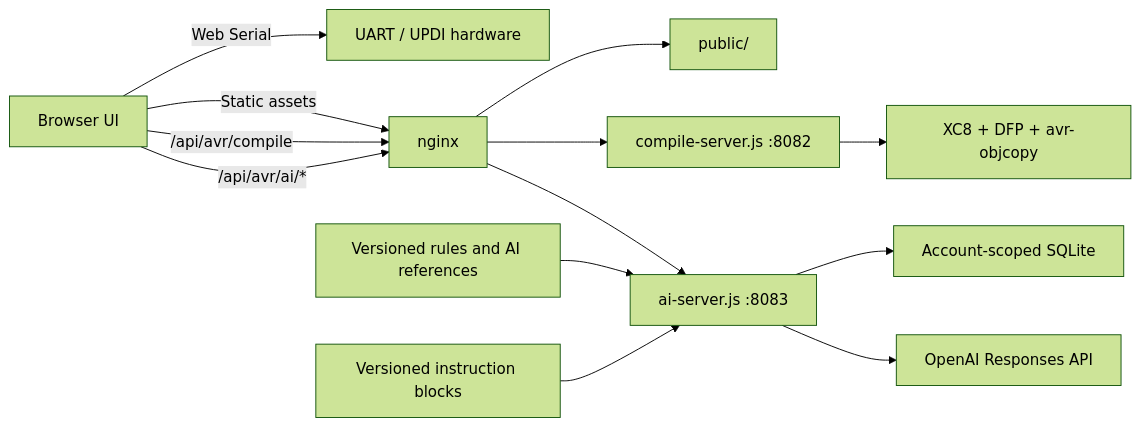
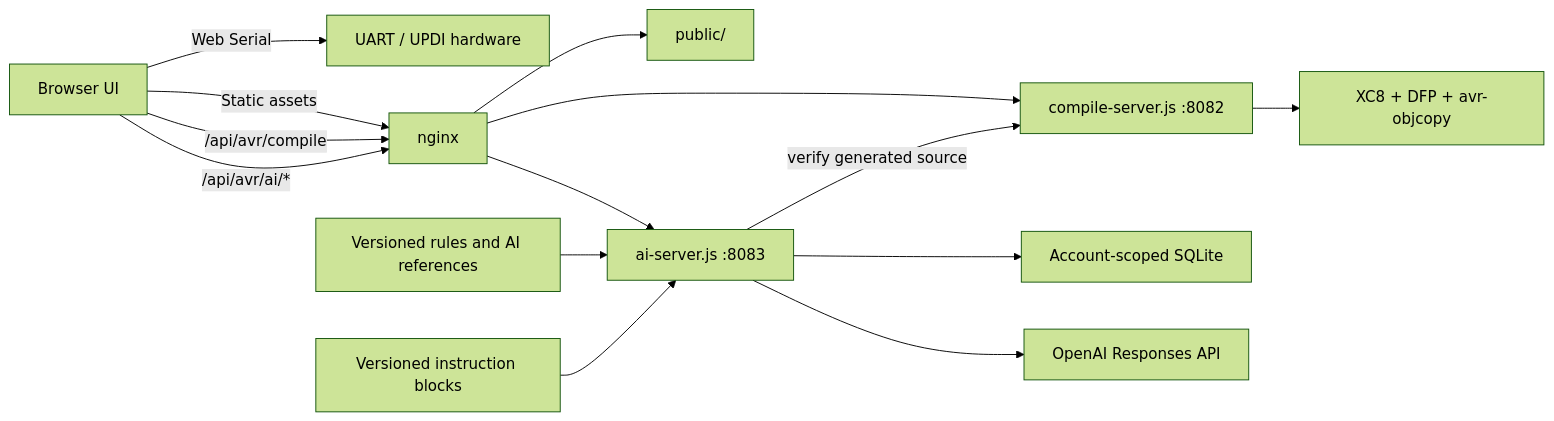
Before and after one commit to K1LLERV1PV2/uartdebug: the diagram in README.md, drawn with Mermaid (forest theme). The commit also changed other lines of this file and 34 other files, not shown here.

First line of the commit message:
Unify AVR Markdown and verify AI-generated projects (#17)

````diff
--- a/README.md
+++ b/README.md
@@ -84,15 +91,16 @@
 ```mermaid
 flowchart LR
   Browser[Browser UI] -->|Web Serial| Hardware[UART / UPDI hardware]
   Browser -->|Static assets| Nginx[nginx]
   Browser -->|/api/avr/compile| Nginx
   Browser -->|/api/avr/ai/*| Nginx
   Nginx --> Static[public/]
   Nginx --> Compiler[compile-server.js :8082]
   Compiler --> Toolchain[XC8 + DFP + avr-objcopy]
   Nginx --> AI[ai-server.js :8083]
   Rules[Versioned rules and AI references] --> AI
   Skills[Versioned instruction blocks] --> AI
   AI --> AccessDB[Account-scoped SQLite]
   AI --> OpenAI[OpenAI Responses API]
+  AI -->|verify generated source| Compiler
 ```
````
